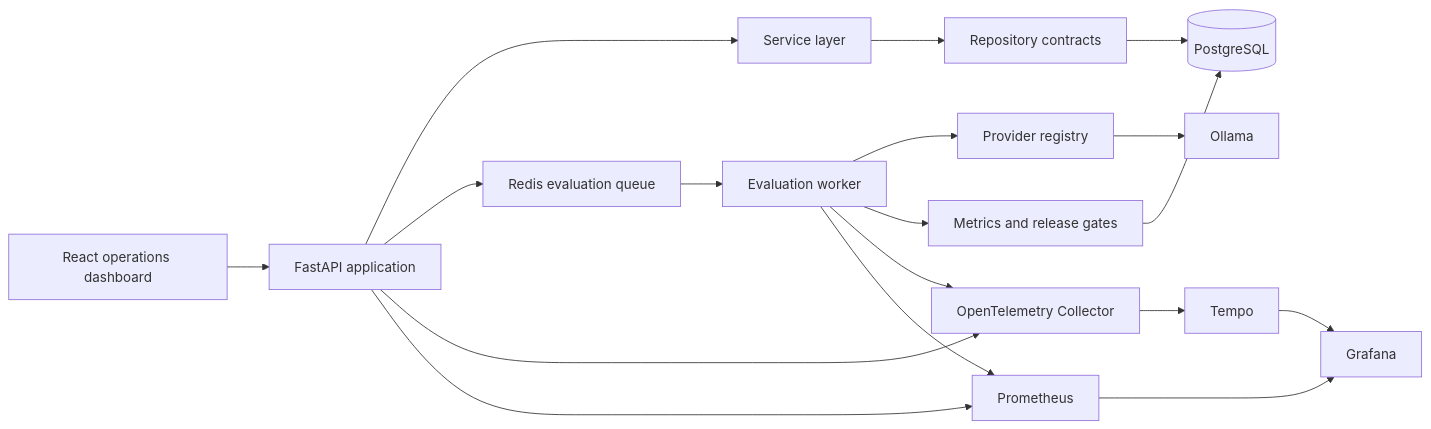
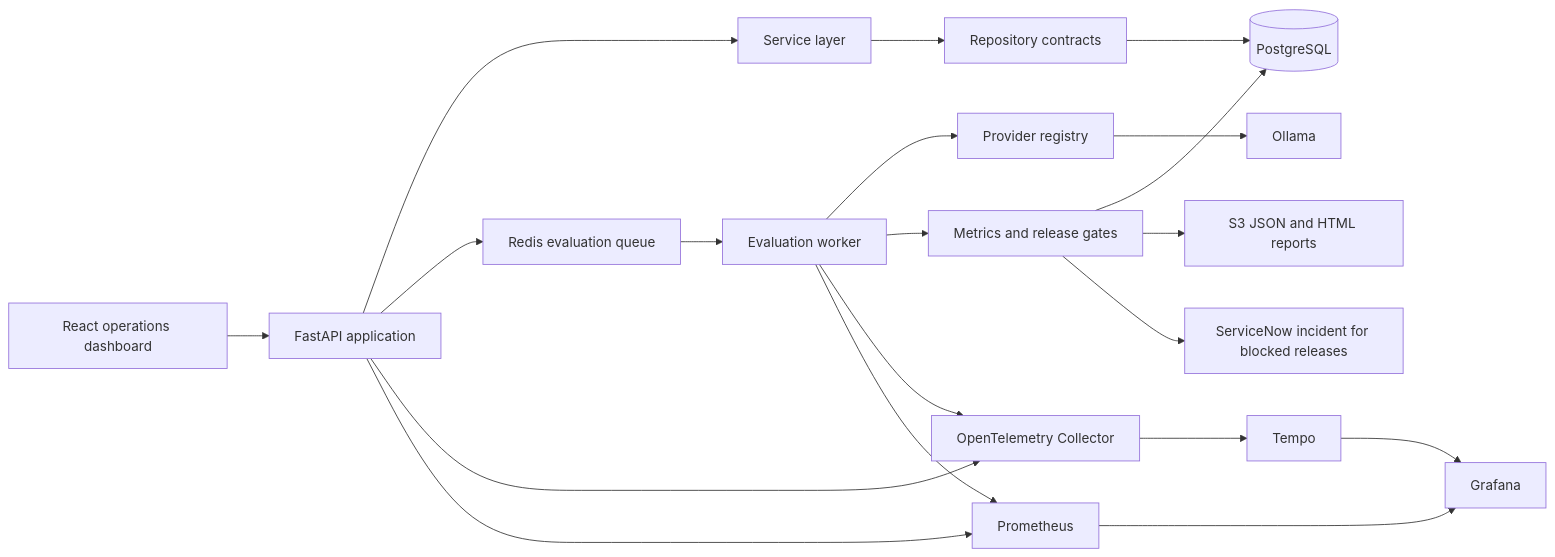
One commit to shashank1225/FrontierOps changed the first of 3 diagrams in README.md. Above: the diagram before and after it, drawn with Mermaid. The commit also changed other lines of this file and 46 other files, not shown here.

Commit message:
feat: add AWS and ServiceNow reliability platform

````diff
--- a/README.md
+++ b/README.md
@@ -22,20 +23,22 @@
 ```mermaid
 flowchart LR
     UI["React operations dashboard"] --> API["FastAPI application"]
     API --> SVC["Service layer"]
     SVC --> REPO["Repository contracts"]
     REPO --> PG[(PostgreSQL)]
     API --> Q["Redis evaluation queue"]
     Q --> W["Evaluation worker"]
     W --> P["Provider registry"]
     P --> O["Ollama"]
     W --> SCORE["Metrics and release gates"]
     SCORE --> PG
+    SCORE --> S3["S3 JSON and HTML reports"]
+    SCORE --> SN["ServiceNow incident for blocked releases"]
     API --> OTEL["OpenTelemetry Collector"]
     W --> OTEL
     OTEL --> TEMPO["Tempo"]
     API --> PROM["Prometheus"]
     W --> PROM
     PROM --> GRAFANA["Grafana"]
     TEMPO --> GRAFANA
 ```
````
